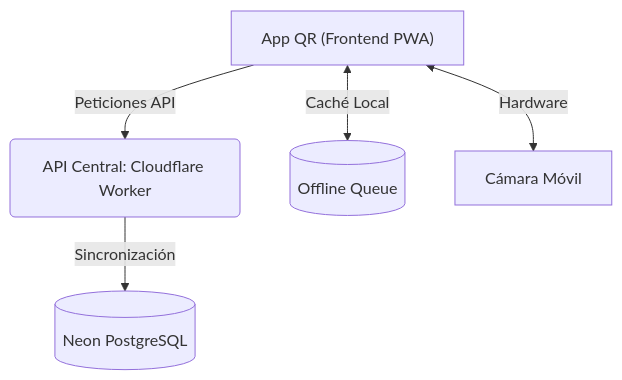
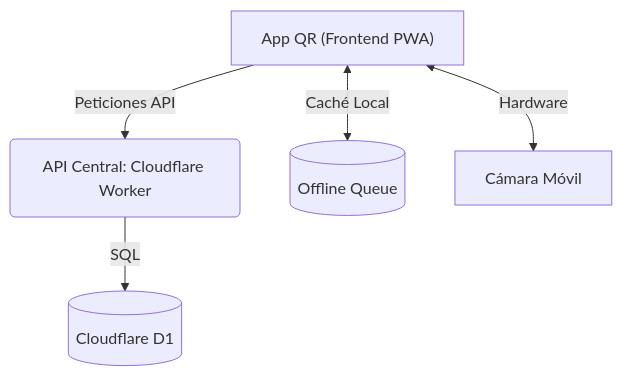
Before and after one commit to Encuadre2026/app-qr: the diagram in README.md, drawn with Mermaid. The commit also changed other lines of this file and 4 other files, not shown here.

````diff
--- a/README.md
+++ b/README.md
@@ -20,9 +20,9 @@
 ```mermaid
 graph TD;
     A["App QR (Frontend PWA)"] -->|Peticiones API| B("API Central: Cloudflare Worker")
     
     A <-->|Caché Local| C[(Offline Queue)]
     A <-->|Hardware| D[Cámara Móvil]
 
-    B -->|Sincronización| E[(Neon PostgreSQL)]
+    B -->|SQL| E[(Cloudflare D1)]
 ```
````
